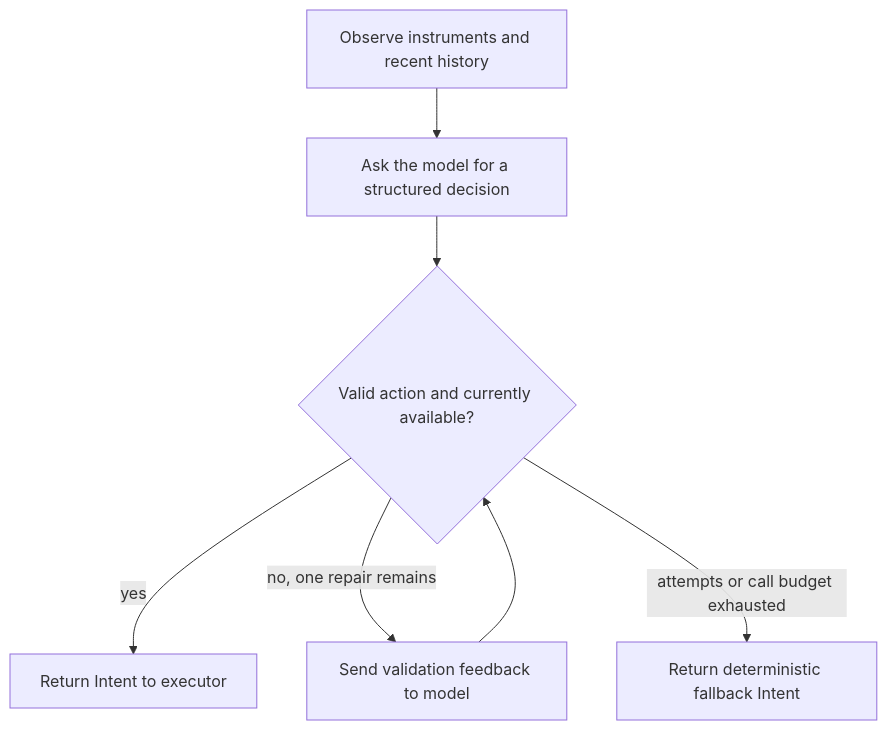
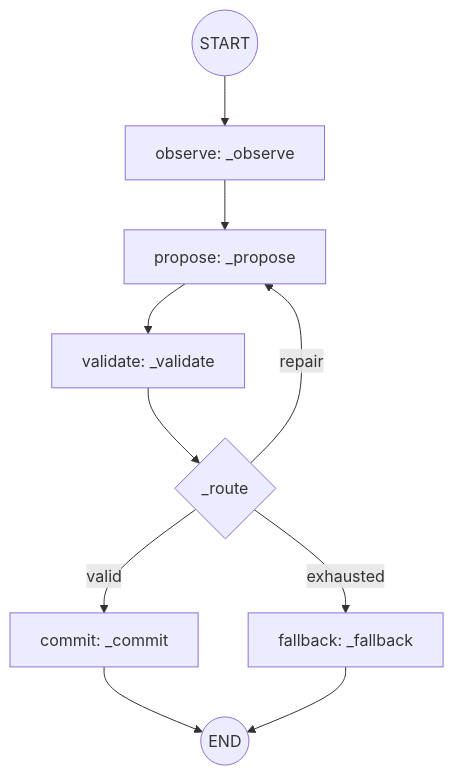
Before and after one commit to GiulioRusso/lunar-agent-module: the second of 6 diagrams in README.md, drawn with Mermaid. The commit also changed other lines of this file, not shown here.

Commit message:
Document agent architecture and execution environments

````diff
--- a/README.md
+++ b/README.md
@@ -297,9 +306,12 @@
 ```mermaid
 flowchart TD
-    Observe["Observe instruments and recent history"] --> Propose["Ask the model for a structured decision"]
-    Propose --> Validate{"Valid action and currently available?"}
-    Validate -->|yes| Commit["Return Intent to executor"]
-    Validate -->|no, one repair remains| Repair["Send validation feedback to model"]
-    Repair --> Validate
-    Validate -->|attempts or call budget exhausted| Fallback["Return deterministic fallback Intent"]
+    Start((START)) --> Observe["observe: _observe"]
+    Observe --> Propose["propose: _propose"]
+    Propose --> Validate["validate: _validate"]
+    Validate --> Route{"_route"}
+    Route -->|valid| Commit["commit: _commit"]
+    Route -->|repair| Propose
+    Route -->|exhausted| Fallback["fallback: _fallback"]
+    Commit --> Done((END))
+    Fallback --> Done
 ```
````
